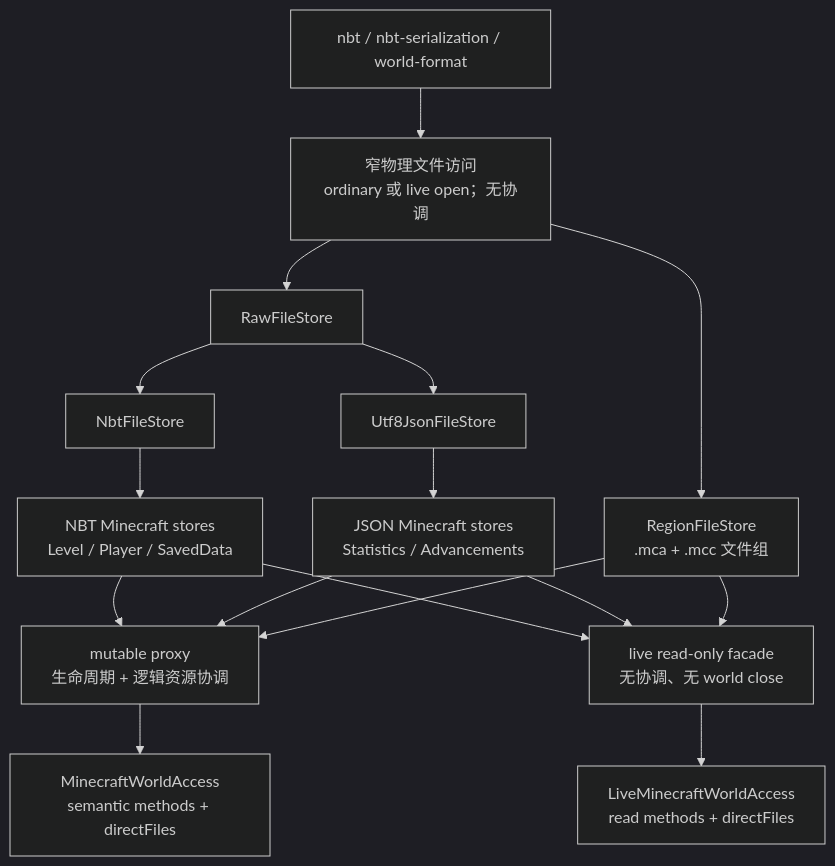
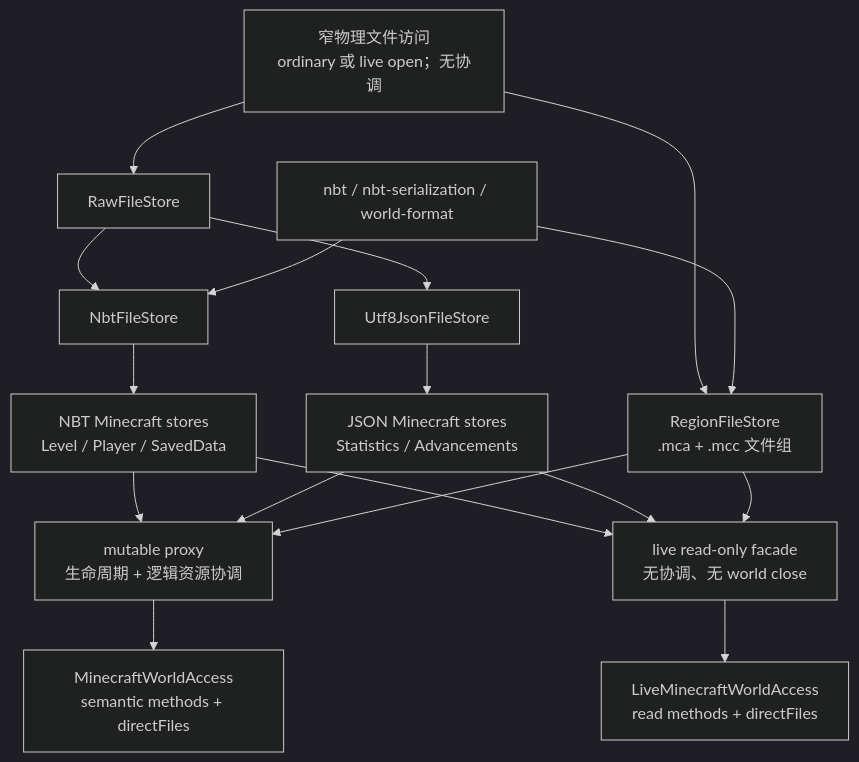
The diagram in .codex/plans/world-io-storage-layering-refactor.md (czp3009/minecraft-protocol), drawn with Mermaid (dark theme) before and after one commit. The commit also changed other lines of this file and 111 other files, not shown here.

First line of the commit message:
refactor(world-io): remove `OpenMinecraftWorld` and related mutable APIs

````diff
--- a/.codex/plans/world-io-storage-layering-refactor.md
+++ b/.codex/plans/world-io-storage-layering-refactor.md
@@ -102,18 +121,21 @@
 ```mermaid
 flowchart TB
-    Format[nbt / nbt-serialization / world-format] --> Physical[窄物理文件访问\nordinary 或 live open；无协调]
+    Format[nbt / nbt-serialization / world-format]
+    Physical[窄物理文件访问\nordinary 或 live open；无协调]
     Physical --> Raw[RawFileStore]
     Raw --> Nbt[NbtFileStore]
     Raw --> Json[Utf8JsonFileStore]
+Format --> Nbt
     Nbt --> Policy[NBT Minecraft stores\nLevel / Player / SavedData]
     Json --> JsonPolicy[JSON Minecraft stores\nStatistics / Advancements]
     Physical --> RegionPolicy[RegionFileStore\n.mca + .mcc 文件组]
+Format --> RegionPolicy
     Policy --> Mutable[mutable proxy\n生命周期 + 逻辑资源协调]
     JsonPolicy --> Mutable
     RegionPolicy --> Mutable
     Policy --> Live[live read-only facade\n无协调、无 world close]
     JsonPolicy --> Live
     RegionPolicy --> Live
     Mutable --> MutableApi[MinecraftWorldAccess\nsemantic methods + directFiles]
     Live --> LiveApi[LiveMinecraftWorldAccess\nread methods + directFiles]
 ```
````
